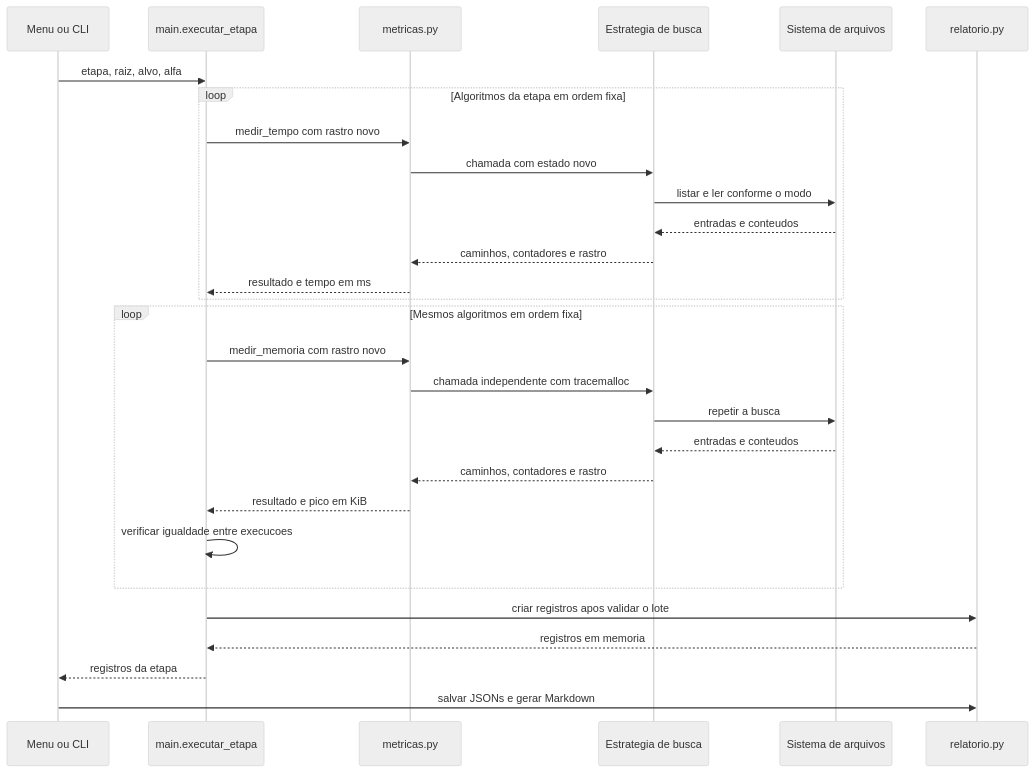
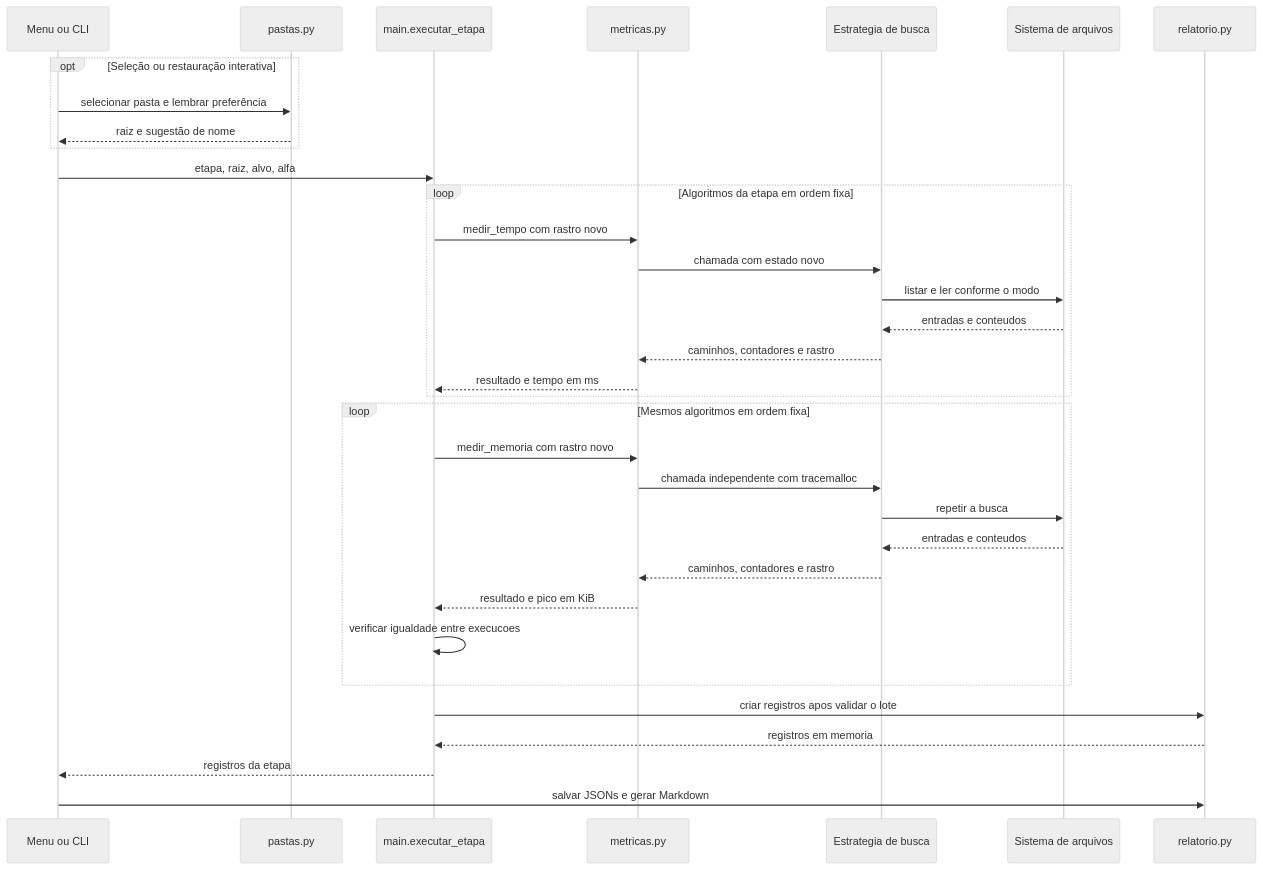
One commit to samuelcotinguiba/File-Hunter-Agent changed the second of 2 diagrams in docs/ARQUITETURA.md. Above: the diagram before and after it, drawn with Mermaid (neutral theme). The commit also changed other lines of this file and 12 other files, not shown here.

Commit message:
adiciona seletor de pastas e preferência de último caminho

````diff
--- a/docs/ARQUITETURA.md
+++ b/docs/ARQUITETURA.md
@@ -360,31 +366,36 @@
 ```mermaid
 sequenceDiagram
     participant CLI as Menu ou CLI
+    participant P as pastas.py
     participant C as main.executar_etapa
     participant M as metricas.py
     participant B as Estrategia de busca
     participant FS as Sistema de arquivos
     participant R as relatorio.py
+    opt Seleção ou restauração interativa
+        CLI->>P: selecionar pasta e lembrar preferência
+        P-->>CLI: raiz e sugestão de nome
+    end
     CLI->>C: etapa, raiz, alvo, alfa
     loop Algoritmos da etapa em ordem fixa
         C->>M: medir_tempo com rastro novo
         M->>B: chamada com estado novo
         B->>FS: listar e ler conforme o modo
         FS-->>B: entradas e conteudos
         B-->>M: caminhos, contadores e rastro
         M-->>C: resultado e tempo em ms
     end
     loop Mesmos algoritmos em ordem fixa
         C->>M: medir_memoria com rastro novo
         M->>B: chamada independente com tracemalloc
         B->>FS: repetir a busca
         FS-->>B: entradas e conteudos
         B-->>M: caminhos, contadores e rastro
         M-->>C: resultado e pico em KiB
         C->>C: verificar igualdade entre execucoes
     end
     C->>R: criar registros apos validar o lote
     R-->>C: registros em memoria
     C-->>CLI: registros da etapa
     CLI->>R: salvar JSONs e gerar Markdown
 ```
````
